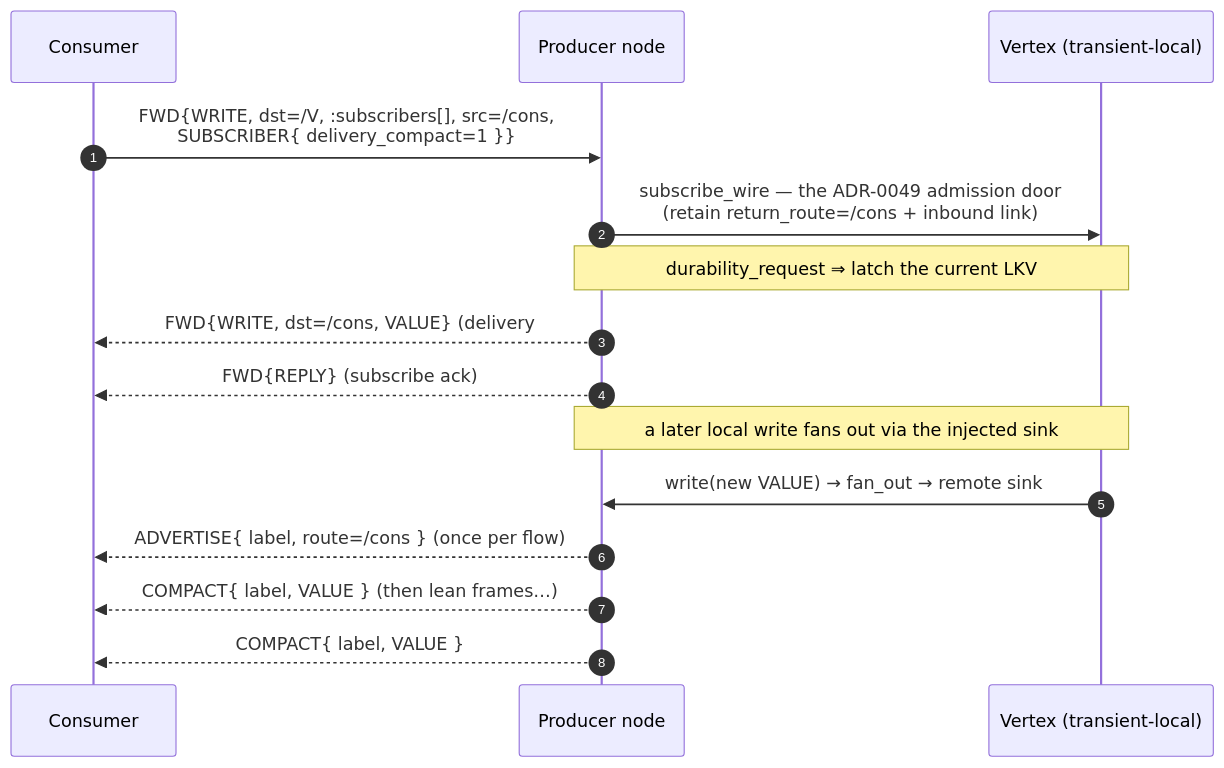
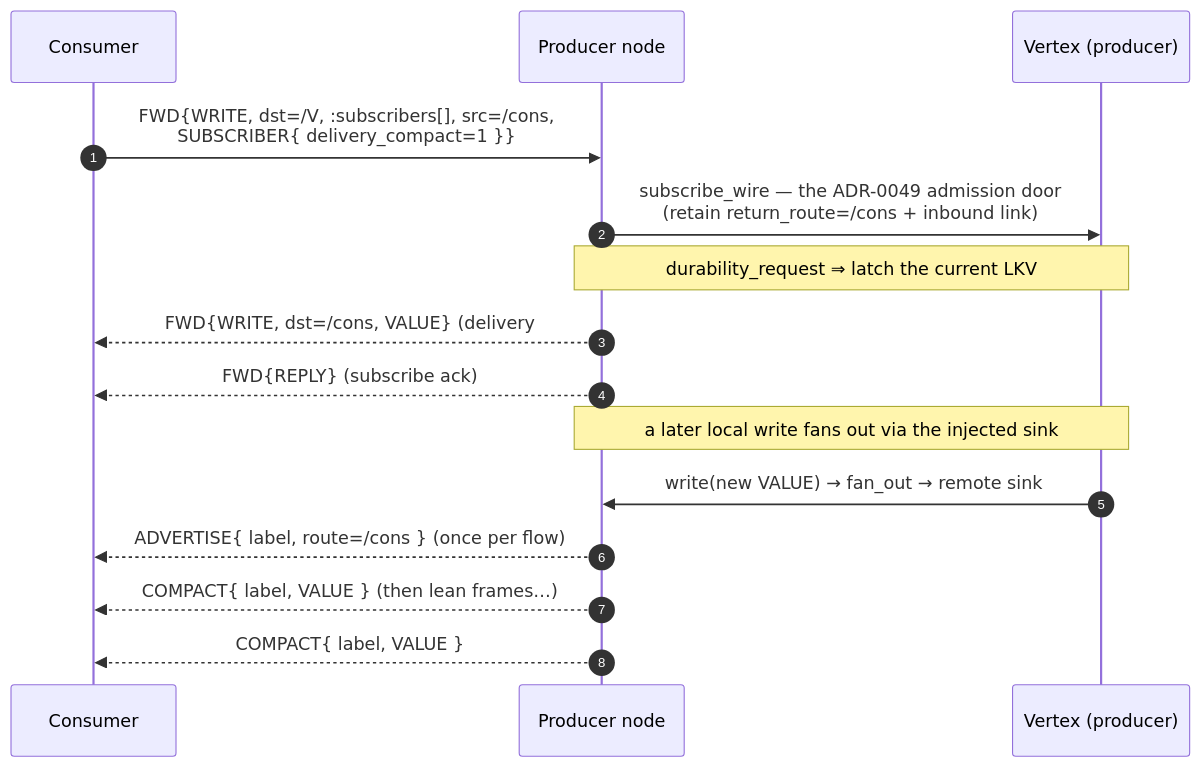
One commit to avatarsd-llc/libtracer changed the second of 7 diagrams in docs/reference/05-protocol-tlvs.md. Above: the diagram before and after it, drawn with Mermaid. The commit also changed other lines of this file and 4 other files, not shown here.

First line of the commit message:
docs(rfc-0022): the last five 'transient-local producer' phrasings

````diff
--- a/docs/reference/05-protocol-tlvs.md
+++ b/docs/reference/05-protocol-tlvs.md
@@ -228,17 +228,17 @@
 ```{mermaid}
 sequenceDiagram
     autonumber
     participant Cons as Consumer
     participant Prod as Producer node
-    participant V as Vertex (transient-local)
+    participant V as Vertex (producer)
     Cons->>Prod: FWD{WRITE, dst=/V, :subscribers[], src=/cons,<br/>SUBSCRIBER{ delivery_compact=1 }}
     Prod->>V: subscribe_wire — the ADR-0049 admission door<br/>(retain return_route=/cons + inbound link)
     Note over Prod,V: durability_request ⇒ latch the current LKV
     Prod-->>Cons: FWD{WRITE, dst=/cons, VALUE}  (delivery #1 — the latch)
     Prod-->>Cons: FWD{REPLY} (subscribe ack)
     Note over V,Prod: a later local write fans out via the injected sink
     V->>Prod: write(new VALUE) → fan_out → remote sink
     Prod-->>Cons: ADVERTISE{ label, route=/cons }  (once per flow)
     Prod-->>Cons: COMPACT{ label, VALUE }          (then lean frames…)
     Prod-->>Cons: COMPACT{ label, VALUE }
 ```
````
